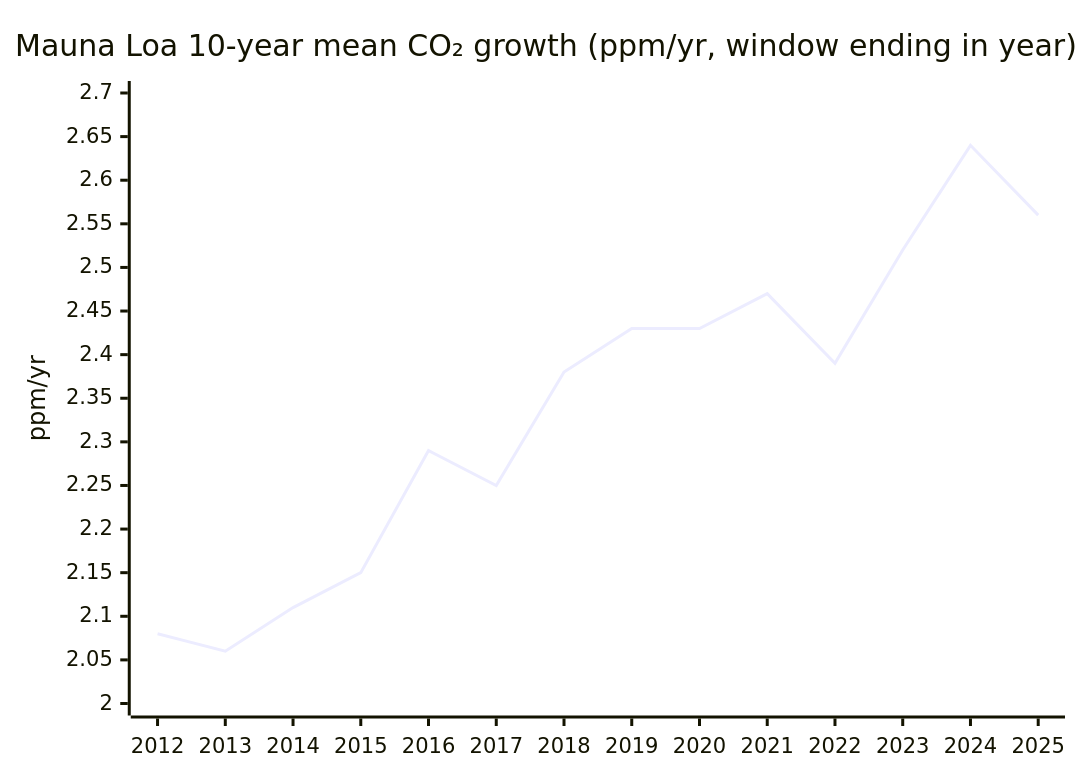
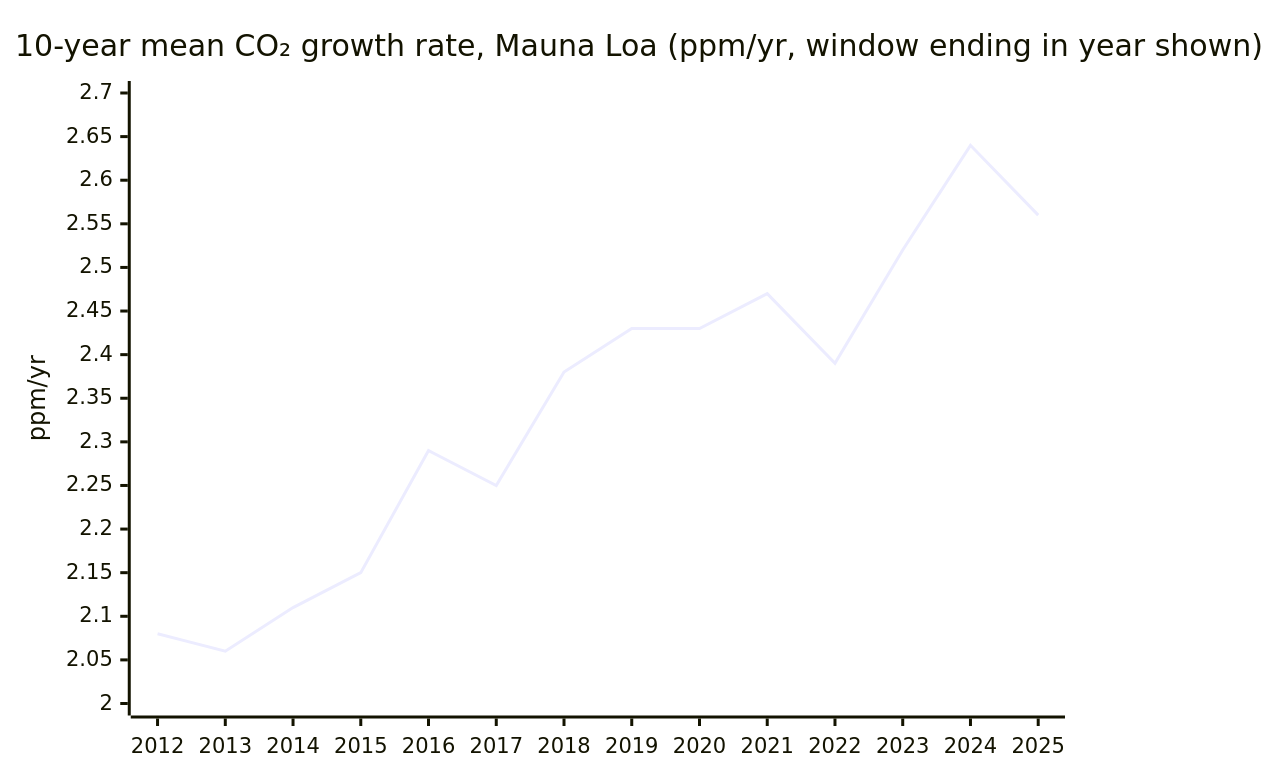
Before and after one commit to pasky/grand-endeavors: the second of 2 diagrams in pilot-2026-W38/climate.md, drawn with Mermaid. The commit also changed other lines of this file, not shown here.

````diff
--- a/pilot-2026-W38/climate.md
+++ b/pilot-2026-W38/climate.md
@@ -64,8 +66,8 @@
 ```mermaid
 xychart-beta
     %% kpi: climate co2-trend-10yr-mlo-jan-dec --since 2012 --label year
-    title "Mauna Loa 10-year mean CO₂ growth (ppm/yr, window ending in year)"
+    title "10-year mean CO₂ growth rate, Mauna Loa (ppm/yr, window ending in year shown)"
     x-axis [2012, 2013, 2014, 2015, 2016, 2017, 2018, 2019, 2020, 2021, 2022, 2023, 2024, 2025]
     y-axis "ppm/yr" 2.0 --> 2.7
     line [2.08, 2.06, 2.11, 2.15, 2.29, 2.25, 2.38, 2.43, 2.43, 2.47, 2.39, 2.52, 2.64, 2.56]
 ```
````
